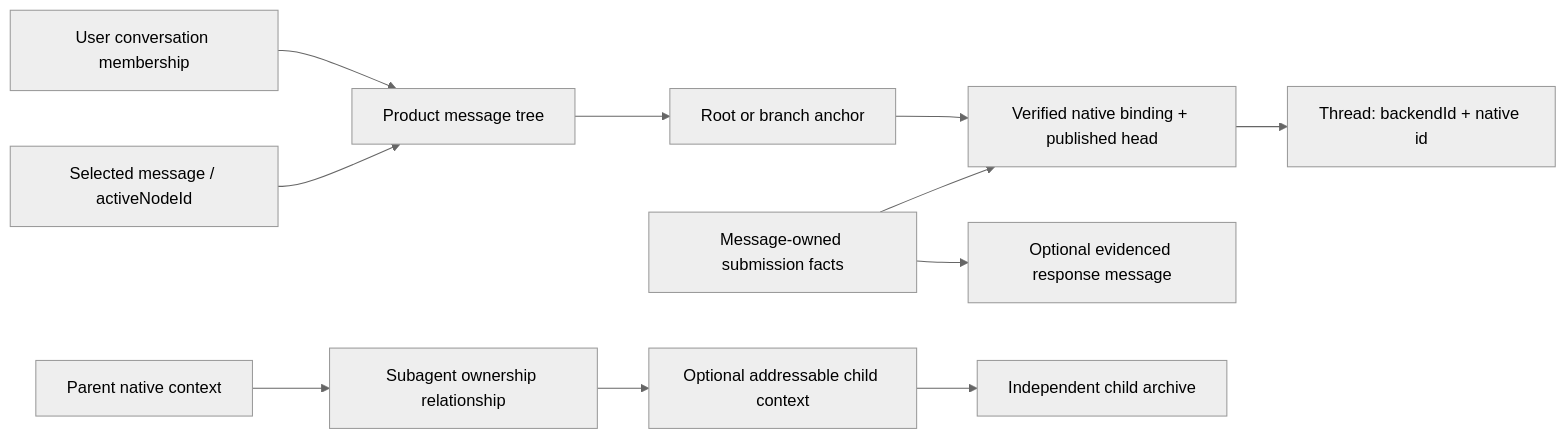
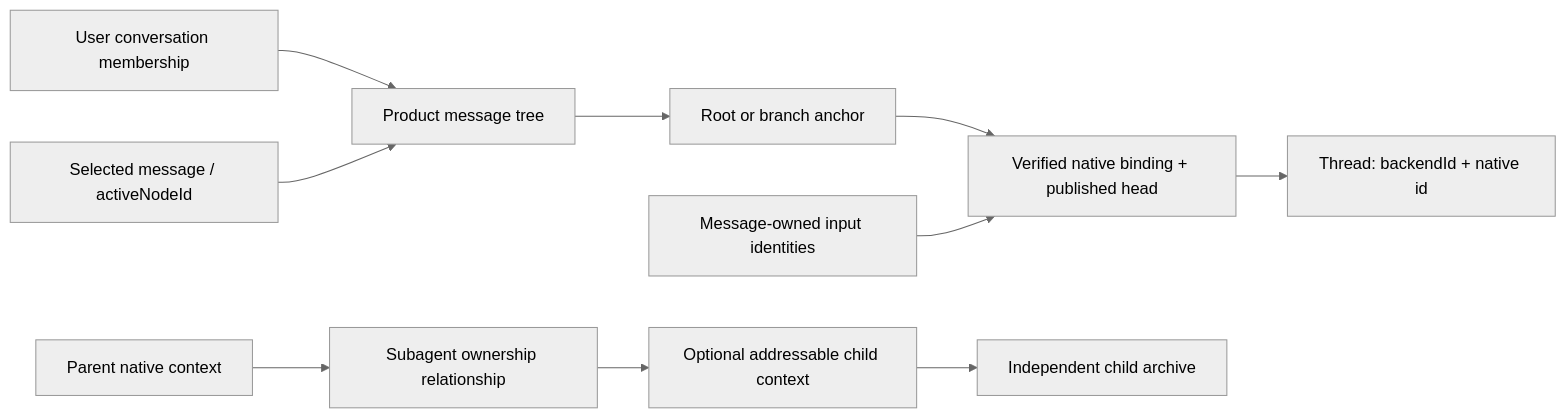
One commit to CherryHQ/cherry-studio changed the second of 2 diagrams in .agents/notes/proposed/architecture/2026-10-17-agent-runtime-contract.md. Above: the diagram before and after it, drawn with Mermaid (neutral theme). The commit also changed other lines of this file and 11 other files, not shown here.

Commit message:
refactor(agent-session): retain input identities instead of receipt state

````diff
--- a/.agents/notes/proposed/architecture/2026-10-17-agent-runtime-contract.md
+++ b/.agents/notes/proposed/architecture/2026-10-17-agent-runtime-contract.md
@@ -320,13 +320,12 @@
 ```mermaid
 flowchart LR
     Membership["User conversation membership"] --> Archive["Product message tree"]
     View["Selected message / activeNodeId"] --> Archive
     Archive --> Anchor["Root or branch anchor"]
     Anchor --> Binding["Verified native binding + published head"]
     Binding --> Thread["Thread: backendId + native id"]
-    Input["Message-owned submission facts"] --> Binding
-    Input --> Reply["Optional evidenced response message"]
+    Input["Message-owned input identities"] --> Binding
     Parent["Parent native context"] --> Relation["Subagent ownership relationship"]
     Relation --> Child["Optional addressable child context"]
     Child --> ChildArchive["Independent child archive"]
 ```
````
